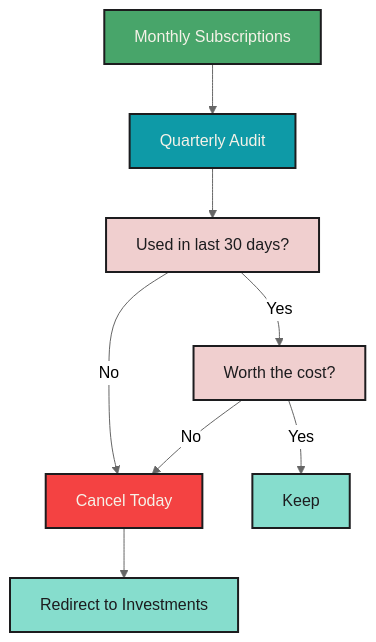
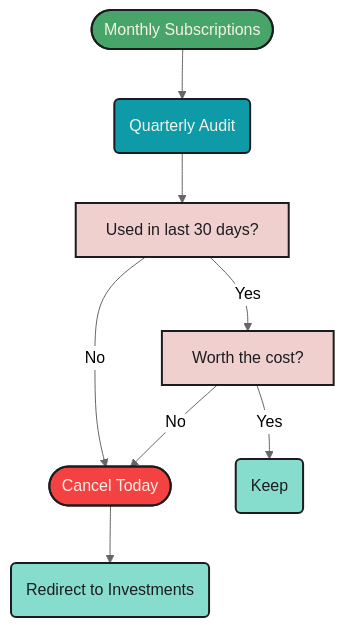
Before and after one commit to mjfrigaard/fm-finance: the second of 2 diagrams in tracking_spending.qmd, drawn with Mermaid. The commit also changed other lines of this file and 8 other files, not shown here.

````diff
--- a/tracking_spending.qmd
+++ b/tracking_spending.qmd
@@ -383,21 +470,22 @@
 ```{mermaid}
 %%| fig-cap: 'Subscription Audit'
 %%| fig-align: center
 %%{init: {'theme': 'neutral', 'themeVariables': { 'fontFamily': 'monospace', "fontSize":"16px"}}}%%
 
 flowchart TD
-    Subscriptions[Monthly Subscriptions] --> Audit[Quarterly Audit]
-    Audit --> Use[Used in last 30 days?]
-    Use -->|Yes| Worth[Worth the cost?]
-    Use -->|No| Cancel[Cancel Today]
-    Worth -->|Yes| Keep[Keep]
+    Subscriptions(["Monthly Subscriptions"]) --> Audit("Quarterly Audit")
+    Audit --> Use["Used in last 30 days?"]
+    Use -->|Yes| Worth["Worth the cost?"]
+    Use -->|No| Cancel(["Cancel Today"])
+    Worth -->|Yes| Keep("Keep")
     Worth -->|No| Cancel
-    Cancel --> Redirect[Redirect to Investments]
+    Cancel --> Redirect("Redirect to Investments")
+    
     style Subscriptions fill:#48a56a,color:#F5F2E8,stroke:#1C1C1E,stroke-width:2px
     style Audit fill:#0e9aa7,color:#F5F2E8,stroke:#1C1C1E,stroke-width:2px
     style Use fill:#f0cfcf,color:#1C1C1E,stroke:#1C1C1E,stroke-width:2px
     style Worth fill:#f0cfcf,color:#1C1C1E,stroke:#1C1C1E,stroke-width:2px
     style Cancel fill:#f44242,color:#F5F2E8,stroke:#1C1C1E,stroke-width:2px
     style Keep fill:#86ddcd,color:#1C1C1E,stroke:#1C1C1E,stroke-width:2px
     style Redirect fill:#86ddcd,color:#1C1C1E,stroke:#1C1C1E,stroke-width:2px
 ```
````
